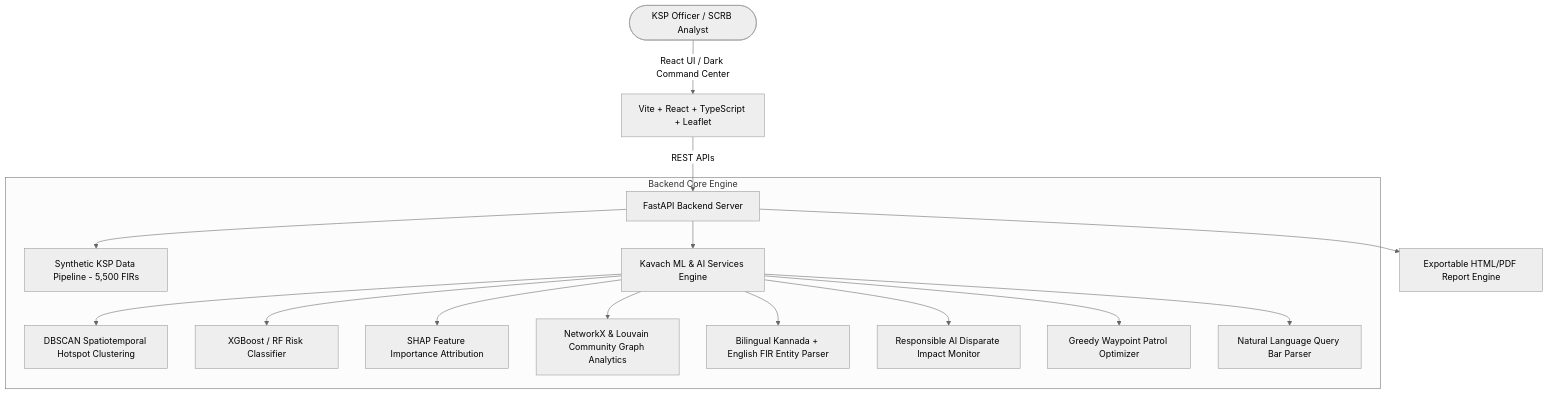
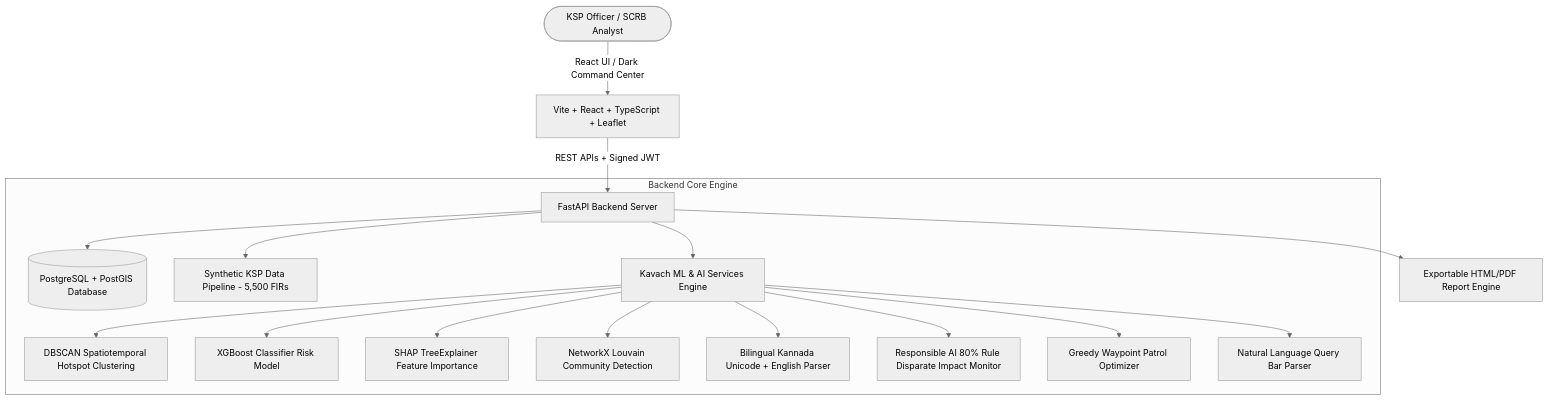
The diagram in README.md (arjunvallala/Kavach), drawn with Mermaid (neutral theme) before and after one commit. The commit also changed other lines of this file and 10 other files, not shown here.

Commit message:
Code review fixes: XGBoost & SHAP explainability, PostgreSQL PostGIS container, JWT auth, dynamic statistical insights, Kannada NLP, pytest suite & CI pipeline

````diff
--- a/README.md
+++ b/README.md
@@ -35,21 +43,22 @@
 ```mermaid
 graph TD
     User([KSP Officer / SCRB Analyst]) -->|React UI / Dark Command Center| Frontend[Vite + React + TypeScript + Leaflet]
-    Frontend -->|REST APIs| Backend[FastAPI Backend Server]
+    Frontend -->|REST APIs + Signed JWT| Backend[FastAPI Backend Server]
     
     subgraph Backend Core Engine
+        Backend --> DB[(PostgreSQL + PostGIS Database)]
         Backend --> DataGen[Synthetic KSP Data Pipeline - 5,500 FIRs]
         Backend --> MLEngine[Kavach ML & AI Services Engine]
         
         MLEngine --> DBSCAN[DBSCAN Spatiotemporal Hotspot Clustering]
-        MLEngine --> XGBoost[XGBoost / RF Risk Classifier]
-        MLEngine --> SHAP[SHAP Feature Importance Attribution]
-        MLEngine --> NetworkX[NetworkX & Louvain Community Graph Analytics]
-        MLEngine --> BilingualNLP[Bilingual Kannada + English FIR Entity Parser]
-        MLEngine --> FairnessAudit[Responsible AI Disparate Impact Monitor]
+        MLEngine --> XGBoost[XGBoost Classifier Risk Model]
+        MLEngine --> SHAP[SHAP TreeExplainer Feature Importance]
+        MLEngine --> Louvain[NetworkX Louvain Community Detection]
+        MLEngine --> BilingualNLP[Bilingual Kannada Unicode + English Parser]
+        MLEngine --> FairnessAudit[Responsible AI 80% Rule Disparate Impact Monitor]
         MLEngine --> RouteOpt[Greedy Waypoint Patrol Optimizer]
         MLEngine --> NLQuery[Natural Language Query Bar Parser]
     end
 
     Backend --> Export[Exportable HTML/PDF Report Engine]
 ```
````
